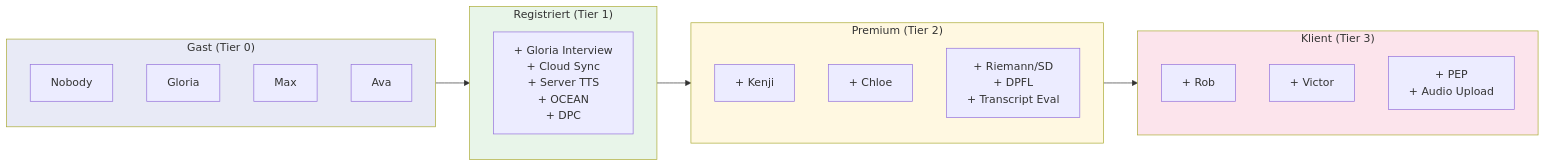
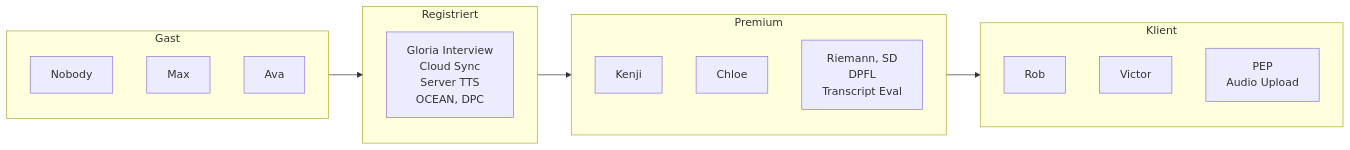
One commit to herold74/Meaningful-Conversations changed diagram 11 of 11 in DOCUMENTATION/UX-FLOWS.md. Above: the diagram before and after it, drawn with Mermaid. The commit also changed other lines of this file and 11 other files, not shown here.

First line of the commit message:
docs: comprehensive documentation audit — fix inaccuracies, update timelines, correct UX flows

````diff
--- a/DOCUMENTATION/UX-FLOWS.md
+++ b/DOCUMENTATION/UX-FLOWS.md
@@ -482,32 +511,26 @@
 ```mermaid
 flowchart LR
-    subgraph GUEST["Gast (Tier 0)"]
+    subgraph GUEST[Gast]
         G_NOBODY[Nobody]
-        G_GLORIA[Gloria]
         G_MAX[Max]
         G_AVA[Ava]
     end
 
-    subgraph REGISTERED["Registriert (Tier 1)"]
-        R_ALL["+ Gloria Interview<br/>+ Cloud Sync<br/>+ Server TTS<br/>+ OCEAN<br/>+ DPC"]
+    subgraph REGISTERED[Registriert]
+        R_ALL["Gloria Interview<br/>Cloud Sync<br/>Server TTS<br/>OCEAN, DPC"]
     end
 
-    subgraph PREMIUM["Premium (Tier 2)"]
-        P_KENJI[+ Kenji]
-        P_CHLOE[+ Chloe]
-        P_MORE["+ Riemann/SD<br/>+ DPFL<br/>+ Transcript Eval"]
+    subgraph PREMIUM[Premium]
+        P_KENJI[Kenji]
+        P_CHLOE[Chloe]
+        P_MORE["Riemann, SD<br/>DPFL<br/>Transcript Eval"]
     end
 
-    subgraph CLIENT["Klient (Tier 3)"]
-        C_ROB[+ Rob]
-        C_VICTOR[+ Victor]
-        C_MORE["+ PEP<br/>+ Audio Upload"]
+    subgraph CLIENT[Klient]
+        C_ROB[Rob]
+        C_VICTOR[Victor]
+        C_MORE["PEP<br/>Audio Upload"]
     end
 
     GUEST --> REGISTERED --> PREMIUM --> CLIENT
-
-    style GUEST fill:#e8eaf6
-    style REGISTERED fill:#e8f5e9
-    style PREMIUM fill:#fff8e1
-    style CLIENT fill:#fce4ec
 ```
````
